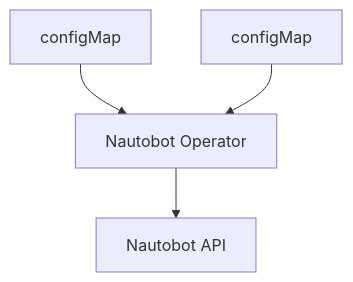
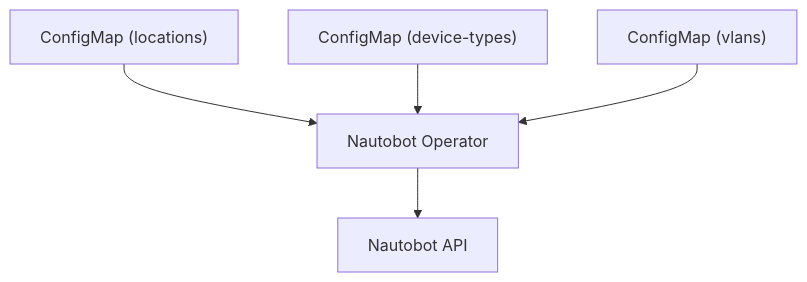
The diagram in docs/operator-guide/nautobotop.md (rackerlabs/understack), drawn with Mermaid before and after one commit. The commit also changed other lines of this file, not shown here.

````diff
--- a/docs/operator-guide/nautobotop.md
+++ b/docs/operator-guide/nautobotop.md
@@ -14,10 +26,12 @@
 ```mermaid
 flowchart
-    n1["configMap"]
-    n3["configMap"]
+    n1["ConfigMap (locations)"]
+    n2["ConfigMap (device-types)"]
+    n3["ConfigMap (vlans)"]
     n6["Nautobot Operator"]
     n7["Nautobot API"]
+    n1 --> n6
+    n2 --> n6
+    n3 --> n6
     n6 --> n7
-    n1 --> n6
-    n3 --> n6
 ```
````
